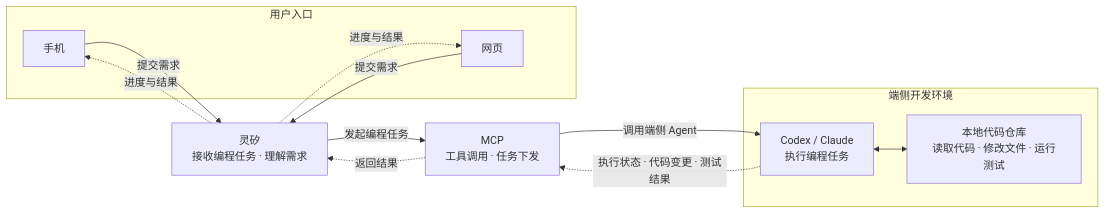
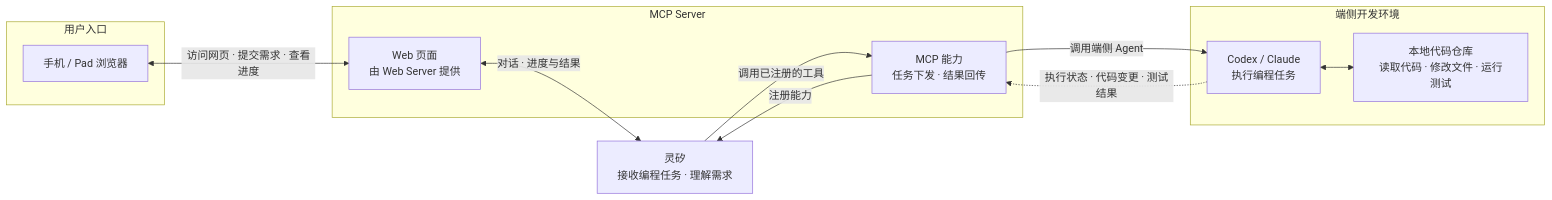
Before and after one commit to felix-001/speak2code: the diagram in README.md, drawn with Mermaid. The commit also changed other lines of this file and 2 other files, not shown here.

Commit message:
Clarify MCP Server registration and web interaction paths

````diff
--- a/README.md
+++ b/README.md
@@ -31,25 +31,25 @@
 ```mermaid
 flowchart LR
 	subgraph client["用户入口"]
-		mobile["手机"]
-		web["网页"]
+		device["手机 / Pad 浏览器"]
 	end
 
+	subgraph server["MCP Server"]
+		page["Web 页面<br/>由 Web Server 提供"]
+		tools["MCP 能力<br/>任务下发 · 结果回传"]
+	end
 	lingxi["灵矽<br/>接收编程任务 · 理解需求"]
-	mcp["MCP<br/>工具调用 · 任务下发"]
 
 	subgraph edge["端侧开发环境"]
 		agents["Codex / Claude<br/>执行编程任务"]
 		workspace["本地代码仓库<br/>读取代码 · 修改文件 · 运行测试"]
 		agents <--> workspace
 	end
 
-	mobile -->|"提交需求"| lingxi
-	web -->|"提交需求"| lingxi
-	lingxi -->|"发起编程任务"| mcp
-	mcp -->|"调用端侧 Agent"| agents
-	agents -.->|"执行状态 · 代码变更 · 测试结果"| mcp
-	mcp -.->|"返回结果"| lingxi
-	lingxi -.->|"进度与结果"| mobile
-	lingxi -.->|"进度与结果"| web
+	device <-->|"访问网页 · 提交需求 · 查看进度"| page
+	page <-->|"对话 · 进度与结果"| lingxi
+	tools -->|"注册能力"| lingxi
+	lingxi -->|"调用已注册的工具"| tools
+	tools -->|"调用端侧 Agent"| agents
+	agents -.->|"执行状态 · 代码变更 · 测试结果"| tools
 ```
````
